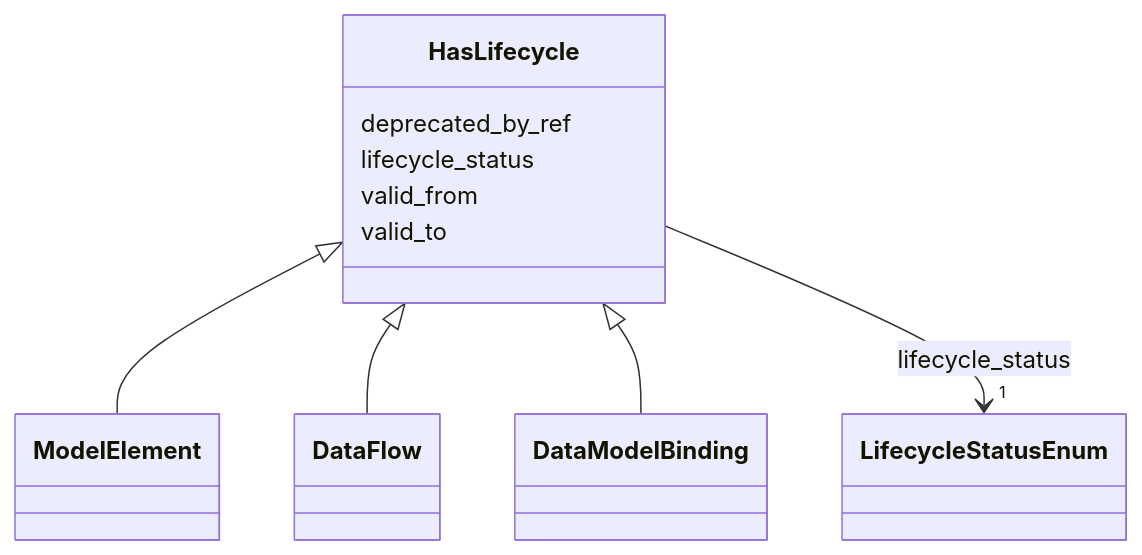
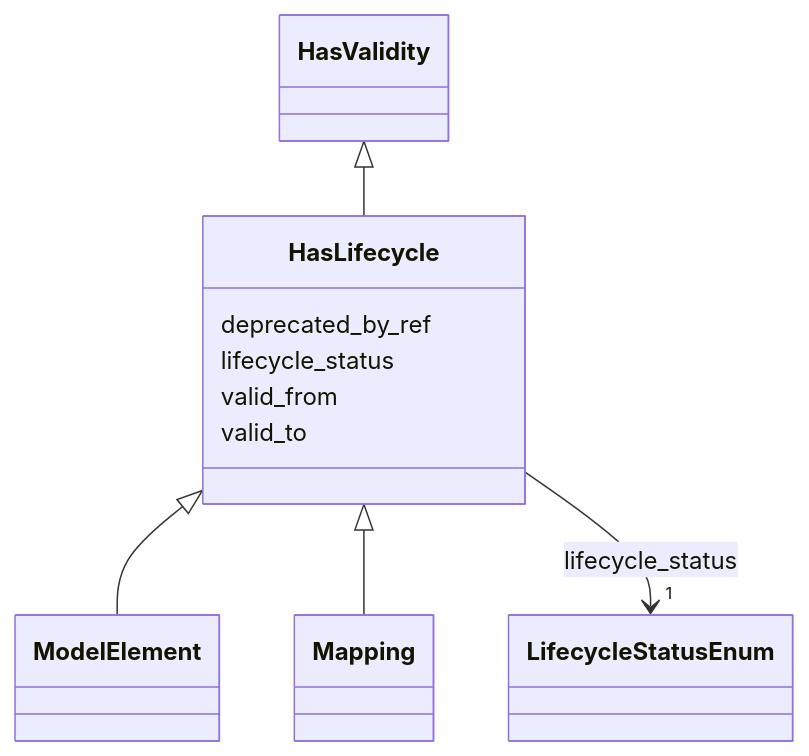
One commit to oista/moex-data-model changed the diagram in generated/artifacts/moex-dams/0.1/diagrams/HasLifecycle.md. Above: the diagram before and after it, drawn with Mermaid. The commit also changed 84 other files, not shown here.

First line of the commit message:
Feat/model element pr6 mapping 3.0.0 (#13)

````diff
--- a/generated/artifacts/moex-dams/0.1/diagrams/HasLifecycle.md
+++ b/generated/artifacts/moex-dams/0.1/diagrams/HasLifecycle.md
@@ -4,30 +4,33 @@
 ```mermaid
  classDiagram
     class HasLifecycle
     click HasLifecycle href "../HasLifecycle"
+      HasValidity <|-- HasLifecycle
+        click HasValidity href "../HasValidity"
+      
+
       HasLifecycle <|-- ModelElement
         click ModelElement href "../ModelElement"
-      HasLifecycle <|-- DataFlow
-        click DataFlow href "../DataFlow"
-      HasLifecycle <|-- DataModelBinding
-        click DataModelBinding href "../DataModelBinding"
+      HasLifecycle <|-- Mapping
+        click Mapping href "../Mapping"
       
+
       HasLifecycle : deprecated_by_ref
         
       HasLifecycle : lifecycle_status
         
           
     
         
         
         HasLifecycle --> "1" LifecycleStatusEnum : lifecycle_status
         click LifecycleStatusEnum href "../LifecycleStatusEnum"
     
 
         
       HasLifecycle : valid_from
         
       HasLifecycle : valid_to
         
       
 ```
````
